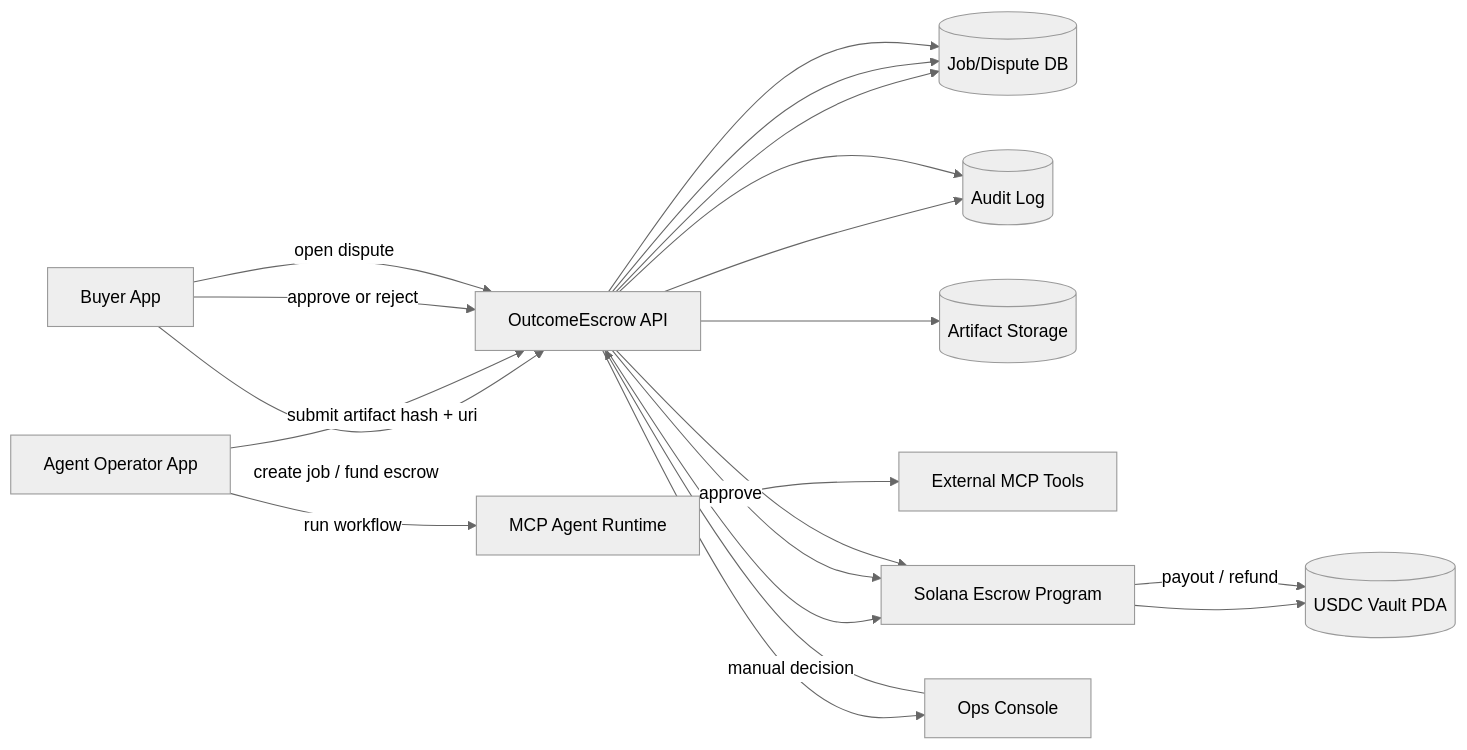
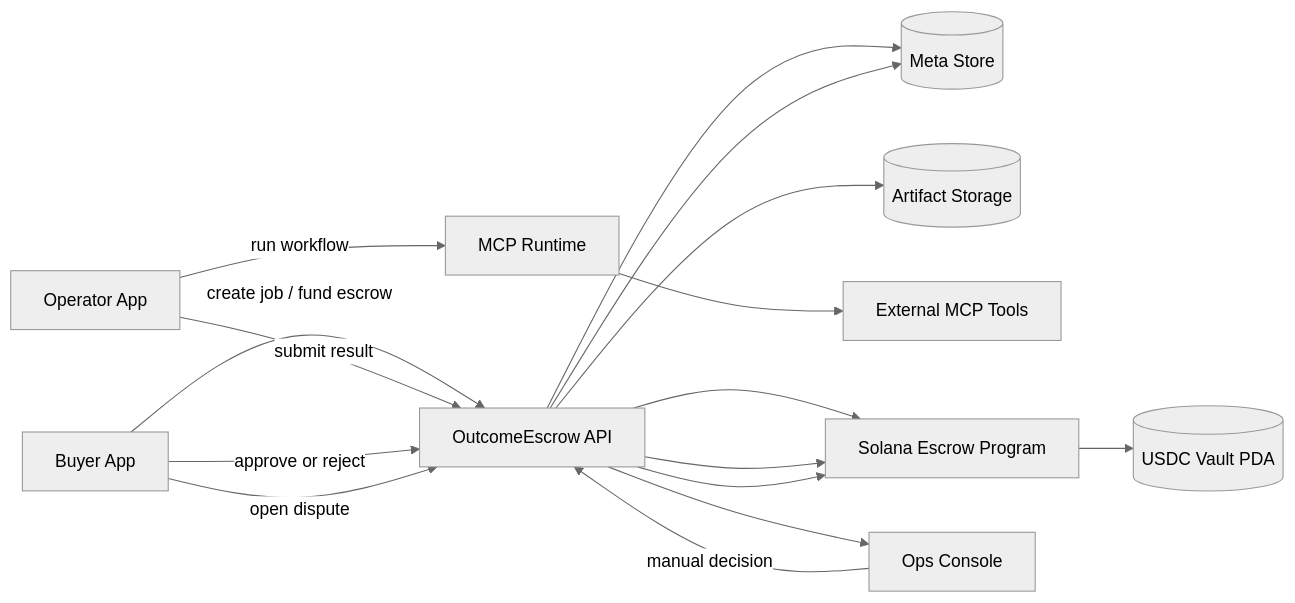
One commit to c4stleone/SOLHeaven changed the first of 3 diagrams in outcome_escrow_architecture.md. Above: the diagram before and after it, drawn with Mermaid (neutral theme). The commit also changed other lines of this file and 11 other files, not shown here.

Commit message:
feat: improve buyer/ops flows and refresh docs

````diff
--- a/outcome_escrow_architecture.md
+++ b/outcome_escrow_architecture.md
@@ -5,38 +5,32 @@
 ```mermaid
 flowchart LR
     B[Buyer App]
-    O[Agent Operator App]
+    O[Operator App]
     API[OutcomeEscrow API]
-    DB[(Job/Dispute DB)]
-    LOG[(Audit Log)]
+    META[(Meta Store)]
     OBJ[(Artifact Storage)]
-    MCP[MCP Agent Runtime]
+    MCP[MCP Runtime]
     TOOLS[External MCP Tools]
     CHAIN[Solana Escrow Program]
     USDC[(USDC Vault PDA)]
     OPS[Ops Console]
 
     B -->|create job / fund escrow| API
-    API --> DB
+    API --> META
     API --> CHAIN
     CHAIN --> USDC
 
     O -->|run workflow| MCP
     MCP --> TOOLS
-    O -->|submit artifact hash + uri| API
+    O -->|submit result| API
     API --> OBJ
-    API --> DB
+    API --> META
 
     B -->|approve or reject| API
-    API --> DB
-    API --> LOG
-
-    API -->|approve| CHAIN
-    CHAIN -->|payout / refund| USDC
+    API --> CHAIN
 
     B -->|open dispute| API
     API --> OPS
     OPS -->|manual decision| API
     API --> CHAIN
-    API --> LOG
 ```
````
